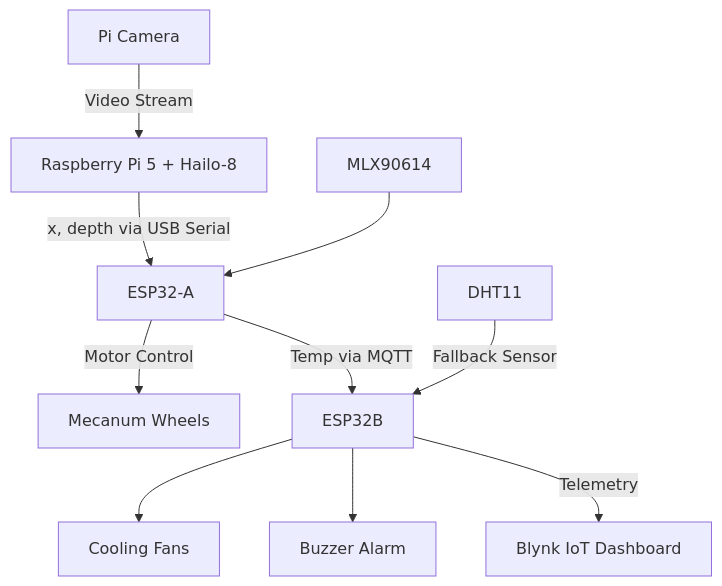
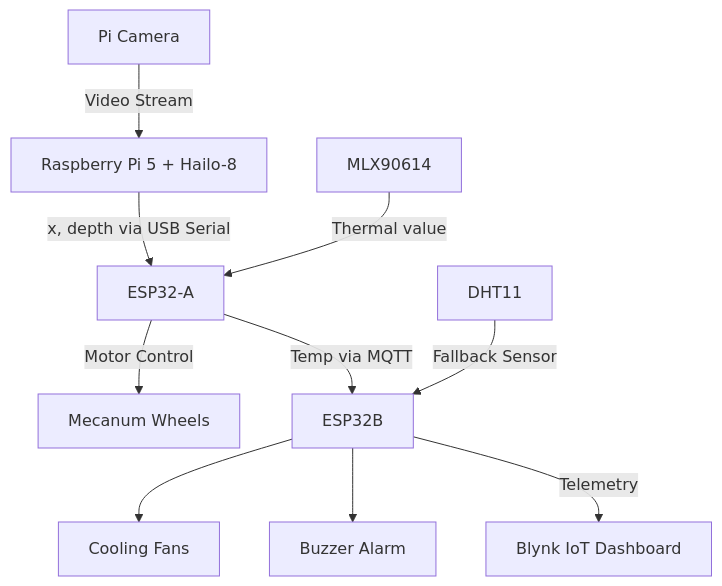
One commit to DurraniHakim27/Autonomous-Navigation-IoT-Robot-with-Vision-Thermal-Sensing-and-Control changed the diagram in README.md. Above: the diagram before and after it, drawn with Mermaid.

````diff
--- a/README.md
+++ b/README.md
@@ -13,13 +13,13 @@
 ```mermaid
 flowchart TD
     Camera[Pi Camera] -->|Video Stream| Pi[Raspberry Pi 5 + Hailo-8]
     Pi -->|x, depth via USB Serial| ESP32A[ESP32-A]
-    Thermal[MLX90614] --> ESP32A
+    Thermal[MLX90614] --> |Thermal value|ESP32A
     ESP32A -->|Motor Control| Wheels[Mecanum Wheels]
     ESP32A -->|Temp via MQTT| ESP32B
     ESP32B --> Fan[Cooling Fans]
     ESP32B --> Buzzer[Buzzer Alarm]
     ESP32B -->|Telemetry| Blynk[Blynk IoT Dashboard]
     DHT11 -->|Fallback Sensor| ESP32B
     
 ```
````
